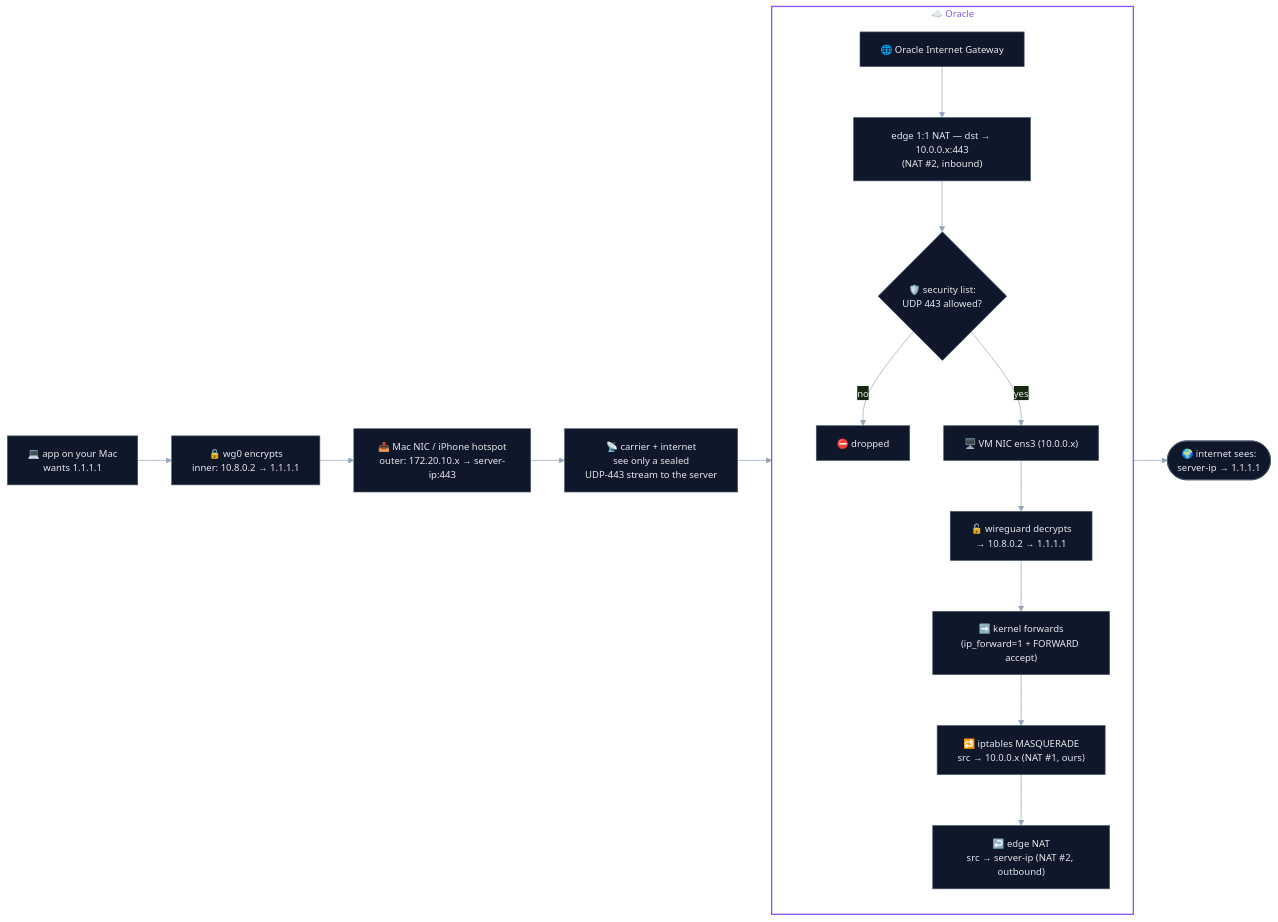
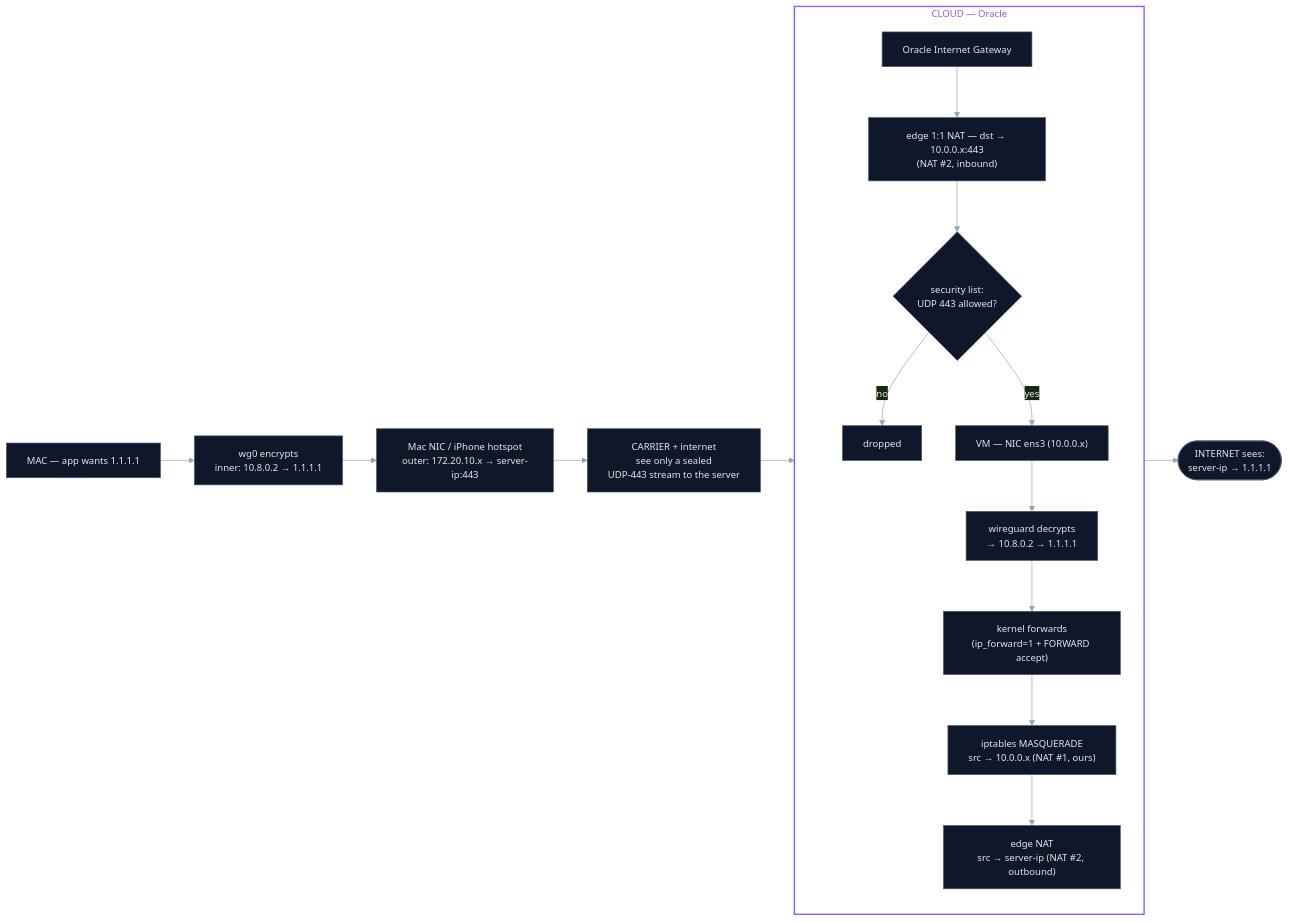
One commit to codereyinish/ColdVPN changed the first of 2 diagrams in client/ARCHITECTURE.md. Above: the diagram before and after it, drawn with Mermaid. The commit also changed other lines of this file and 1 other file, not shown here.

Commit message:
Diagrams: plain names (CARRIER/CLOUD/VM/INTERNET) instead of emoji

````diff
--- a/client/ARCHITECTURE.md
+++ b/client/ARCHITECTURE.md
@@ -39,23 +39,23 @@
 ```mermaid
 %%{init: {'theme':'base','themeVariables':{'primaryColor':'#0f172a','primaryTextColor':'#e5e7eb','primaryBorderColor':'#475569','lineColor':'#94a3b8','fontSize':'14px'}}}%%
 flowchart LR
-    App["💻 app on your Mac<br/>wants 1.1.1.1"] --> WG["🔒 wg0 encrypts<br/>inner: 10.8.0.2 → 1.1.1.1"]
-    WG --> NIC["📤 Mac NIC / iPhone hotspot<br/>outer: 172.20.10.x → server-ip:443"]
-    NIC --> ATT["📡 carrier + internet<br/>see only a sealed<br/>UDP-443 stream to the server"]
-    ATT --> IGW["🌐 Oracle Internet Gateway"]
+    App["MAC — app wants 1.1.1.1"] --> WG["wg0 encrypts<br/>inner: 10.8.0.2 → 1.1.1.1"]
+    WG --> NIC["Mac NIC / iPhone hotspot<br/>outer: 172.20.10.x → server-ip:443"]
+    NIC --> ATT["CARRIER + internet<br/>see only a sealed<br/>UDP-443 stream to the server"]
+    ATT --> IGW["Oracle Internet Gateway"]
 
-    subgraph ORACLE["☁️ Oracle"]
+    subgraph ORACLE["CLOUD — Oracle"]
         direction TB
         IGW --> E1["edge 1:1 NAT — dst → 10.0.0.x:443<br/>(NAT #2, inbound)"]
-        E1 --> ING{"🛡️ security list:<br/>UDP 443 allowed?"}
-        ING -->|"no"| DROP["⛔ dropped"]
-        ING -->|"yes"| ENS3["🖥️ VM NIC ens3 (10.0.0.x)"]
-        ENS3 --> DEC["🔓 wireguard decrypts<br/>→ 10.8.0.2 → 1.1.1.1"]
-        DEC --> FWD["➡️ kernel forwards<br/>(ip_forward=1 + FORWARD accept)"]
-        FWD --> N1["🔁 iptables MASQUERADE<br/>src → 10.0.0.x (NAT #1, ours)"]
-        N1 --> E2["↩️ edge NAT<br/>src → server-ip (NAT #2, outbound)"]
+        E1 --> ING{"security list:<br/>UDP 443 allowed?"}
+        ING -->|"no"| DROP["dropped"]
+        ING -->|"yes"| ENS3["VM — NIC ens3 (10.0.0.x)"]
+        ENS3 --> DEC["wireguard decrypts<br/>→ 10.8.0.2 → 1.1.1.1"]
+        DEC --> FWD["kernel forwards<br/>(ip_forward=1 + FORWARD accept)"]
+        FWD --> N1["iptables MASQUERADE<br/>src → 10.0.0.x (NAT #1, ours)"]
+        N1 --> E2["edge NAT<br/>src → server-ip (NAT #2, outbound)"]
     end
-    E2 --> NET(["🌍 internet sees:<br/>server-ip → 1.1.1.1"])
+    E2 --> NET(["INTERNET sees:<br/>server-ip → 1.1.1.1"])
 
     style ORACLE fill:none,stroke:#8b5cf6,stroke-width:2px,color:#8b5cf6
 ```
````
